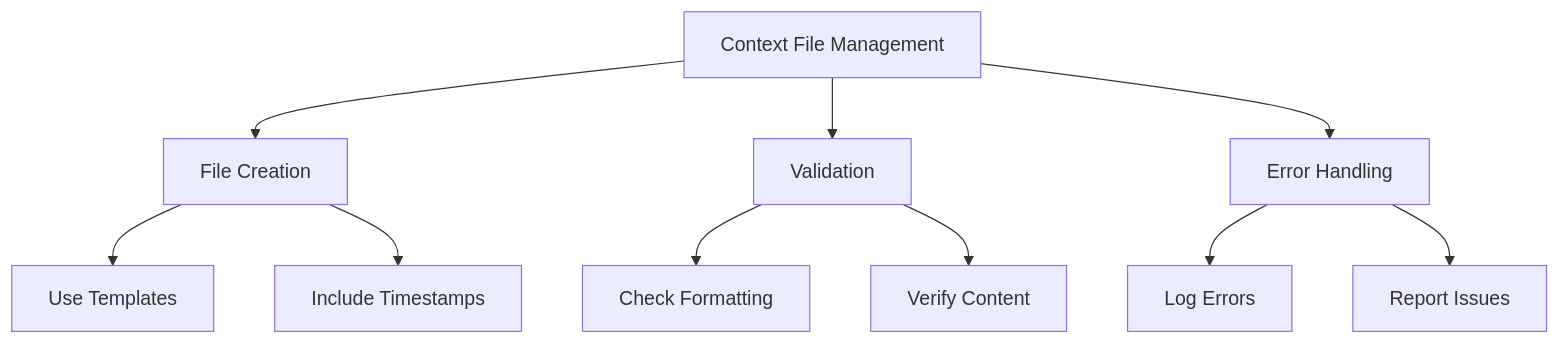
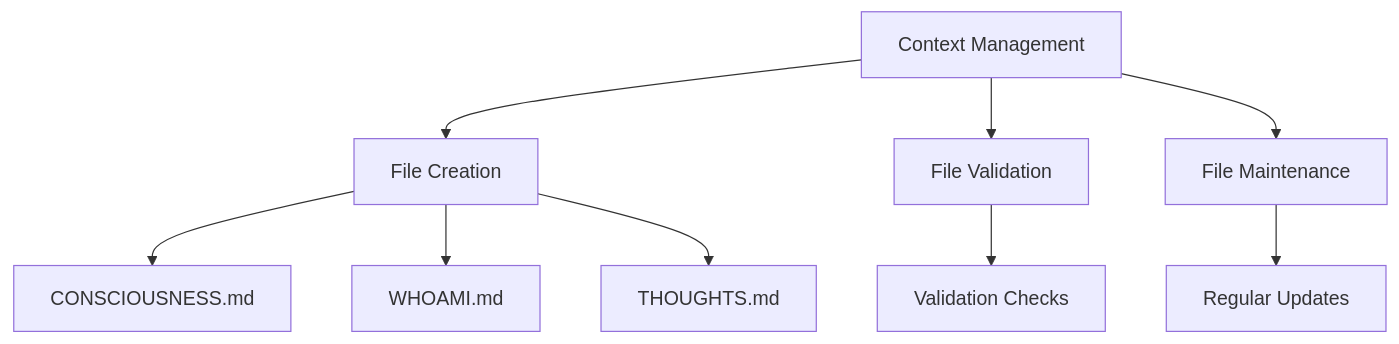
Before and after one commit to epsilon-records/audiokit.ai: the diagram in context/MERMAID.mmd, drawn with Mermaid. The commit also changed 12 other files, not shown here.

```diff
--- a/context/MERMAID.mmd
+++ b/context/MERMAID.mmd
@@ -1,10 +1,9 @@
 graph TD
-    A[Context File Management] --> B[File Creation]
-    A --> C[Validation]
-    A --> D[Error Handling]
-    B --> E[Use Templates]
-    B --> F[Include Timestamps]
-    C --> G[Check Formatting]
-    C --> H[Verify Content]
-    D --> I[Log Errors]
-    D --> J[Report Issues] 
+    A[Context Management] --> B[File Creation]
+    A --> C[File Validation]
+    A --> D[File Maintenance]
+    B --> E[CONSCIOUSNESS.md]
+    B --> F[WHOAMI.md]
+    B --> G[THOUGHTS.md]
+    C --> H[Validation Checks]
+    D --> I[Regular Updates] 
```
